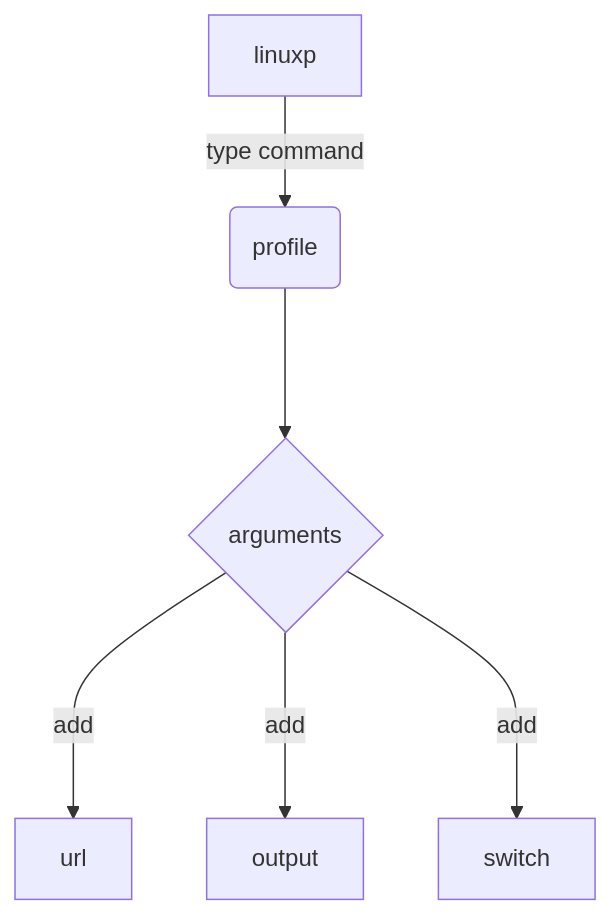
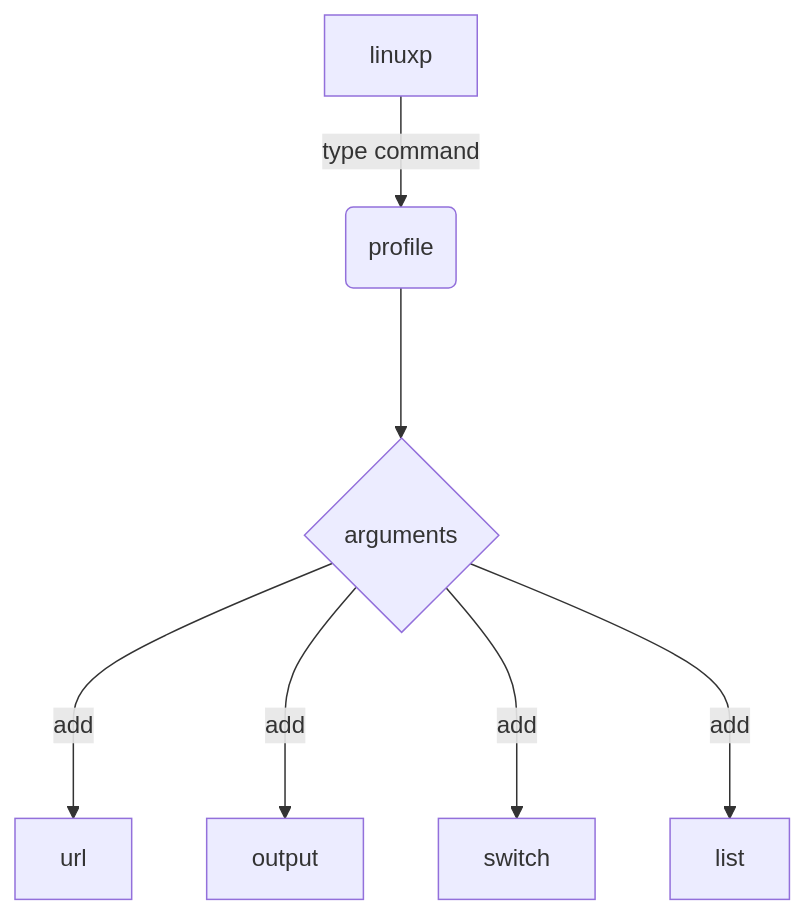
One commit to linux-profile/linux-profile changed the diagram in docs/nav/commands/profile/index.md. Above: the diagram before and after it, drawn with Mermaid. The commit also changed other lines of this file and 2 other files, not shown here.

````diff
--- a/docs/nav/commands/profile/index.md
+++ b/docs/nav/commands/profile/index.md
@@ -29,8 +30,9 @@
 ``` mermaid
 graph TD
     L[linuxp] -->|type command| p(profile)
     p ---> option_p{arguments}
     option_p --->|add| arg_p_url[url]
     option_p --->|add| arg_p_output[output]
     option_p --->|add| arg_p_switch[switch]
+    option_p --->|add| arg_p_list[list]
 ```
````
